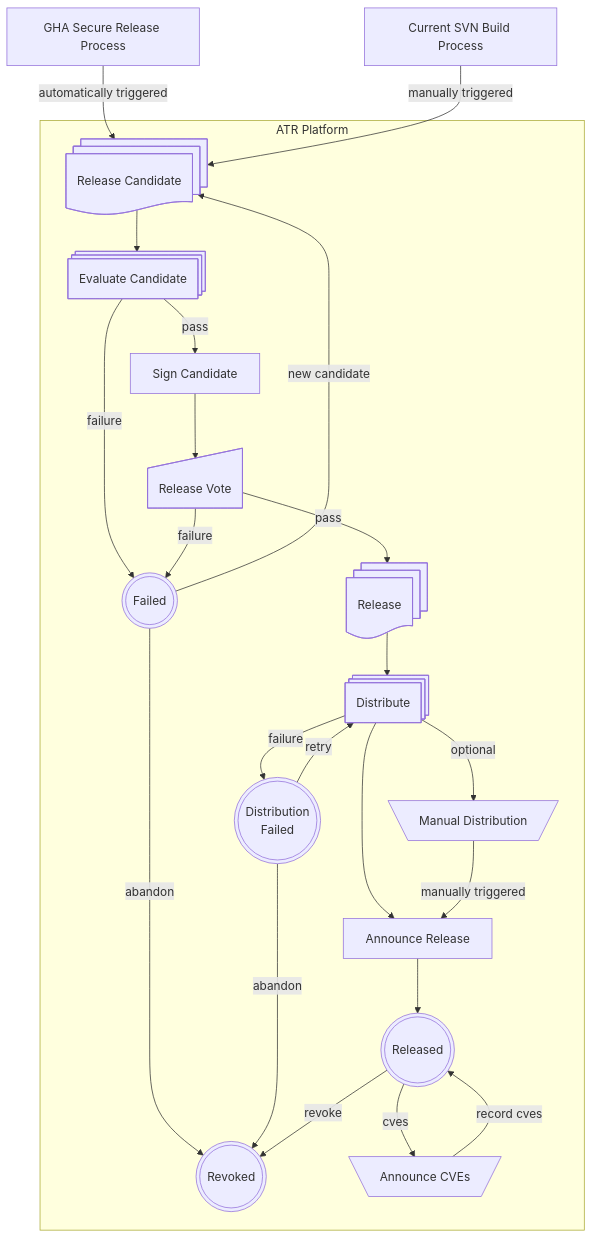
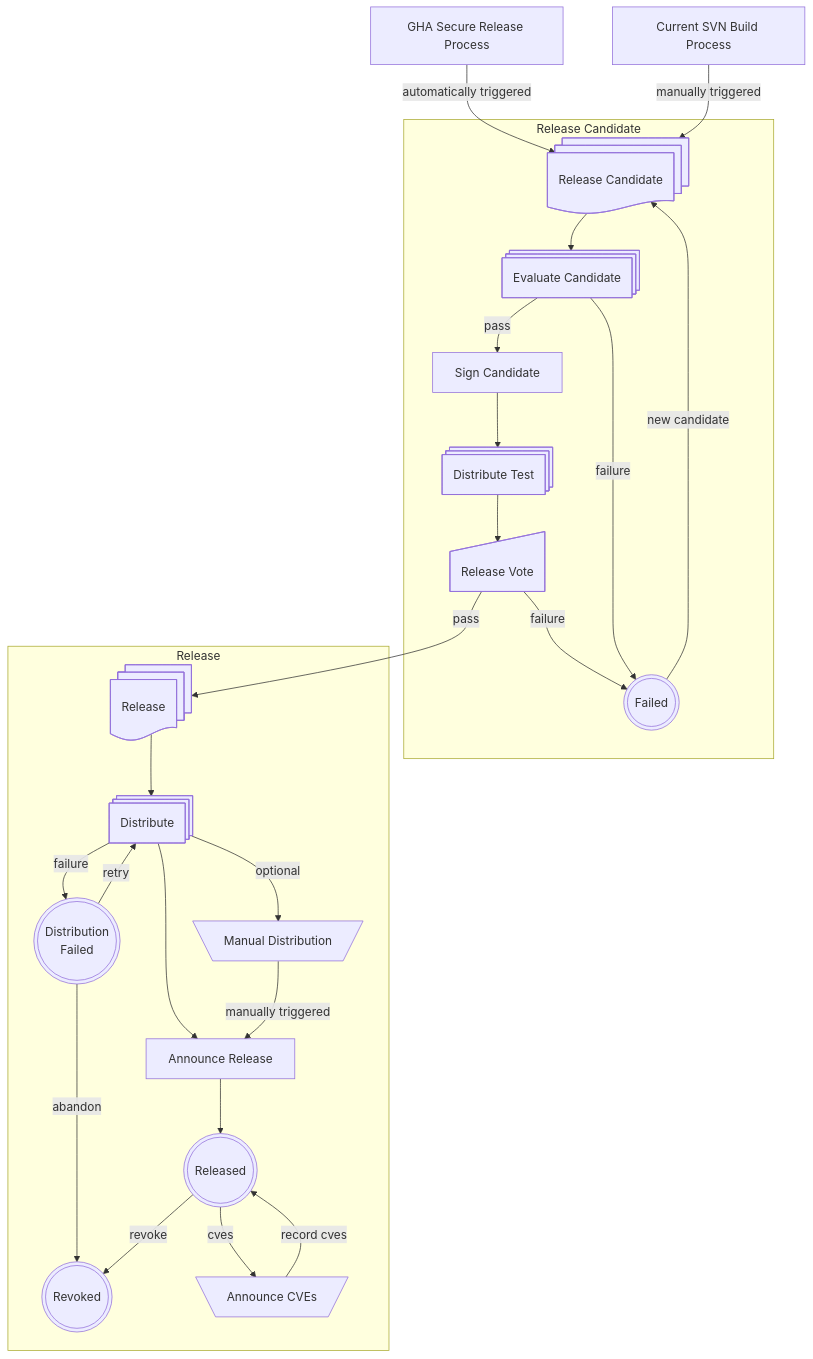
The diagram in apache-trusted-release/lifecycle.md (jbampton/tooling-docs), drawn with Mermaid before and after one commit. The commit also changed other lines of this file, not shown here.

Commit message:
Add Test Distribution

````diff
--- a/apache-trusted-release/lifecycle.md
+++ b/apache-trusted-release/lifecycle.md
@@ -3,41 +3,44 @@
 ```mermaid
 flowchart TD
     A[GHA Secure Release Process]
     B[Current SVN Build Process]
     C@{ shape: docs, label: "Release Candidate" }
     A -->|automatically triggered| C
     B -->|manually triggered| C
-    subgraph ATR Platform
+    subgraph Release Candidate
     D@{ shape: processes, label: "Evaluate Candidate" }
     C --> D
     DD@{ shape: process, label: "Sign Candidate" }
     D -->|pass| DD
+    GG@{ shape: processes, label: "Distribute Test" }
     E@{ shape: sl-rect, label: "Release Vote" }
+    F@{ shape: dbl-circ, label: "Failed" }
+    E -->|failure| F
+    D -->|failure| F
+    DD --> GG
+    GG --> E
+    end
+    E -->|pass| JJ
+    F -->|new candidate| C
+    subgraph Release
     JJ@{ shape: docs, label: "Release" }
-    E -->|pass| JJ
-    F@{ shape: dbl-circ, label: "Failed" }
-    D -->|failure| F
-    E -->|failure| F
-    FF@{ shape: dbl-circ, label: "Distribution\nFailed" }
-    DD --> E
-    F -->|new candidate| C
-    F -->|abandon| K
-    FF -->|retry| G
-    FF -->|abandon| K
     G@{ shape: processes, label: "Distribute" }
     H@{ shape: trap-t, label: "Manual Distribution" }
     G -->|optional| H
+    G --> I
+    FF@{ shape: dbl-circ, label: "Distribution\nFailed" }
+    G -->|failure| FF
     I[Announce Release]
-    G --> I
-    G -->|failure| FF
+    FF -->|retry| G
+    FF -->|abandon| K
     H -->|manually triggered| I
     J@{ shape: dbl-circ, label: "Released" }
     JJ --> G
     I --> J
     K@{ shape: dbl-circ, label: "Revoked" }
     L@{ shape: trap-t, label: "Announce CVEs" }
     J -->|revoke| K
     J -->|cves| L
     L -->|record cves| J
     end
 ```
````
